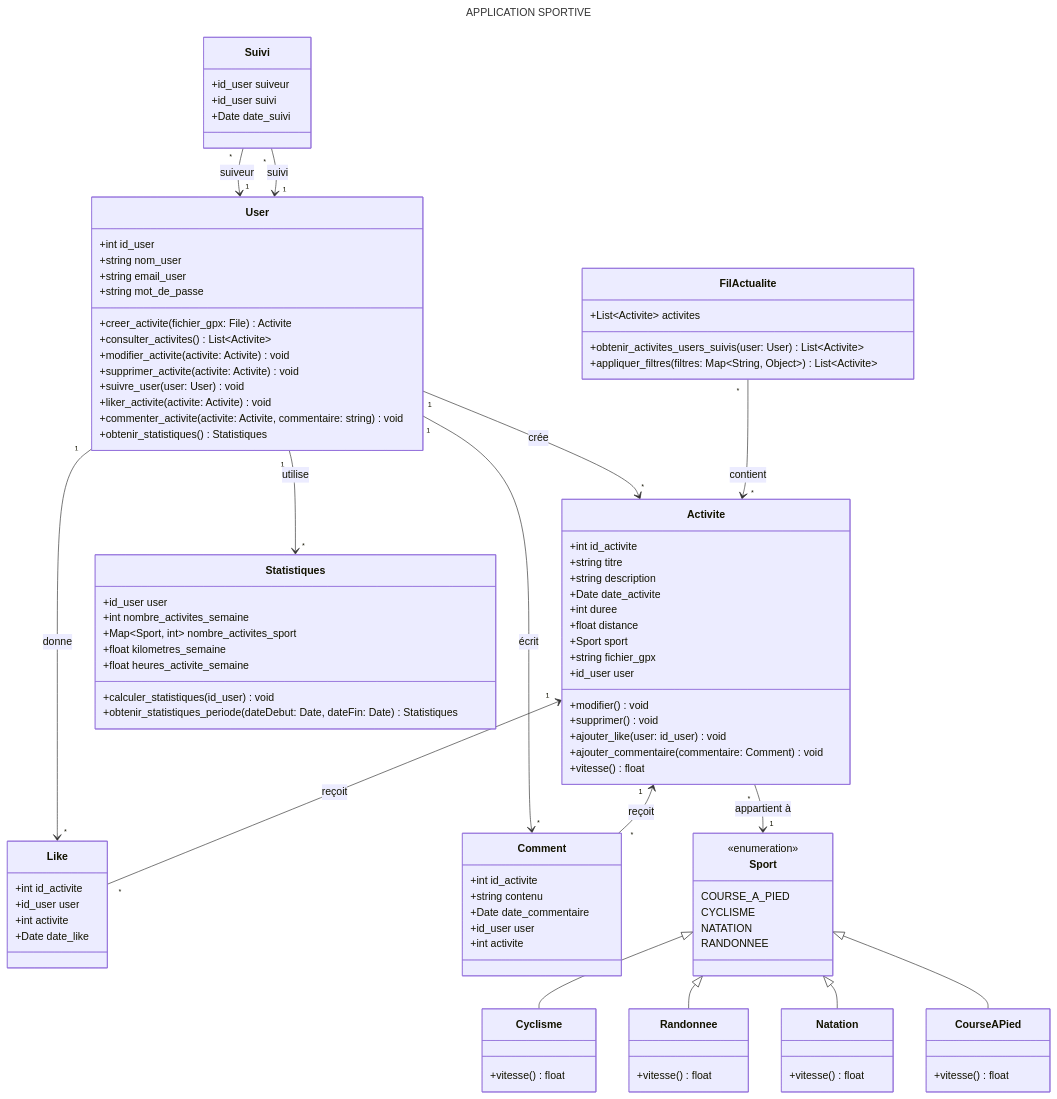
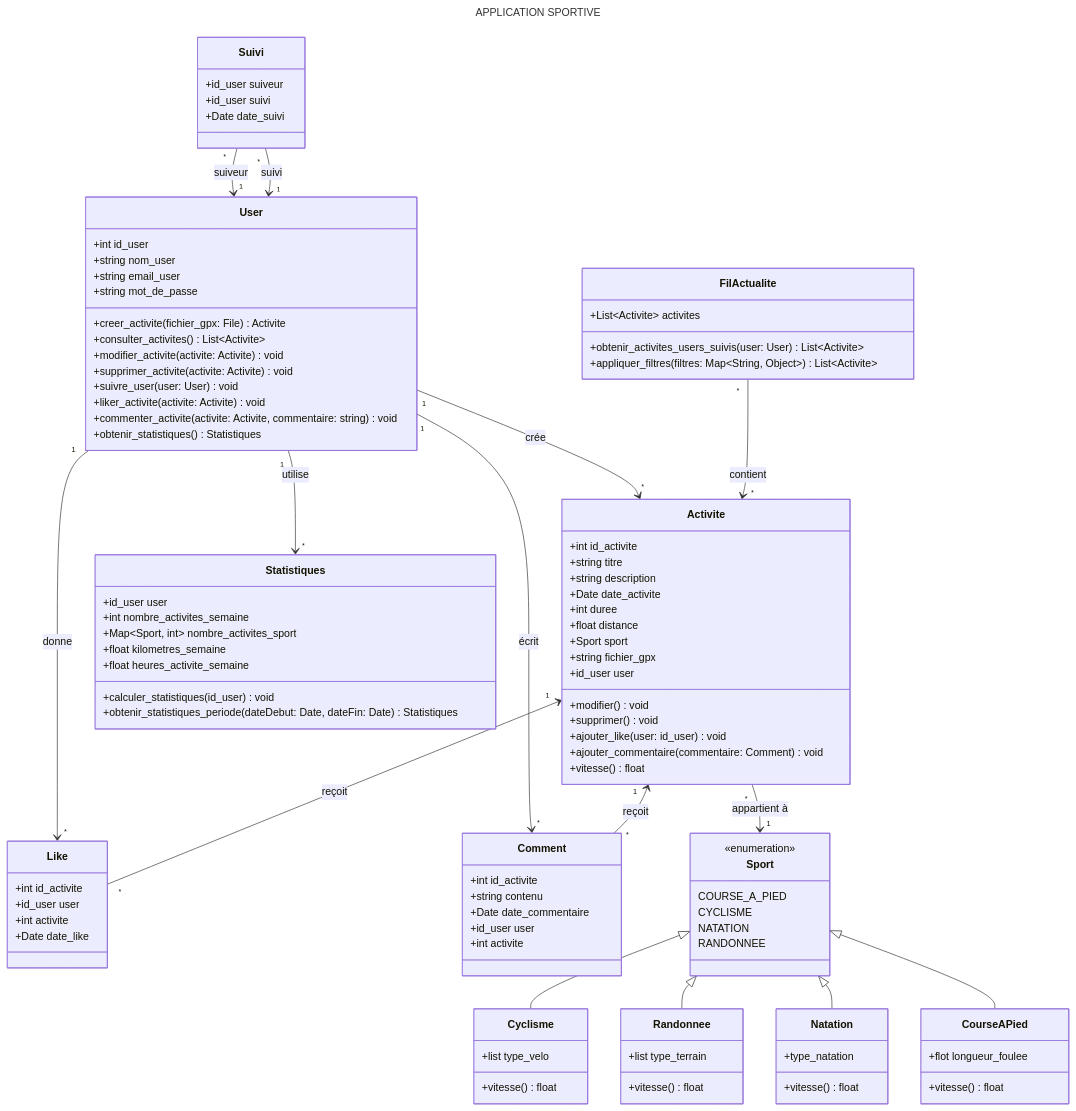
Before and after one commit to MariusAnicet/test: the diagram in diagramme_classe_projet.md, drawn with Mermaid.

```diff
--- a/diagramme_classe_projet.md
+++ b/diagramme_classe_projet.md
@@ -82,18 +82,22 @@
     }
 
     class Cyclisme {
+        +list type_velo
         +vitesse() float
     }
 
     class Randonnee {
+        +list type_terrain
         +vitesse() float
     }
 
     class Natation {
+        +type_natation
         +vitesse() float
     }
 
     class CourseAPied {
+        +flot longueur_foulee
         +vitesse() float
     }
 
```
